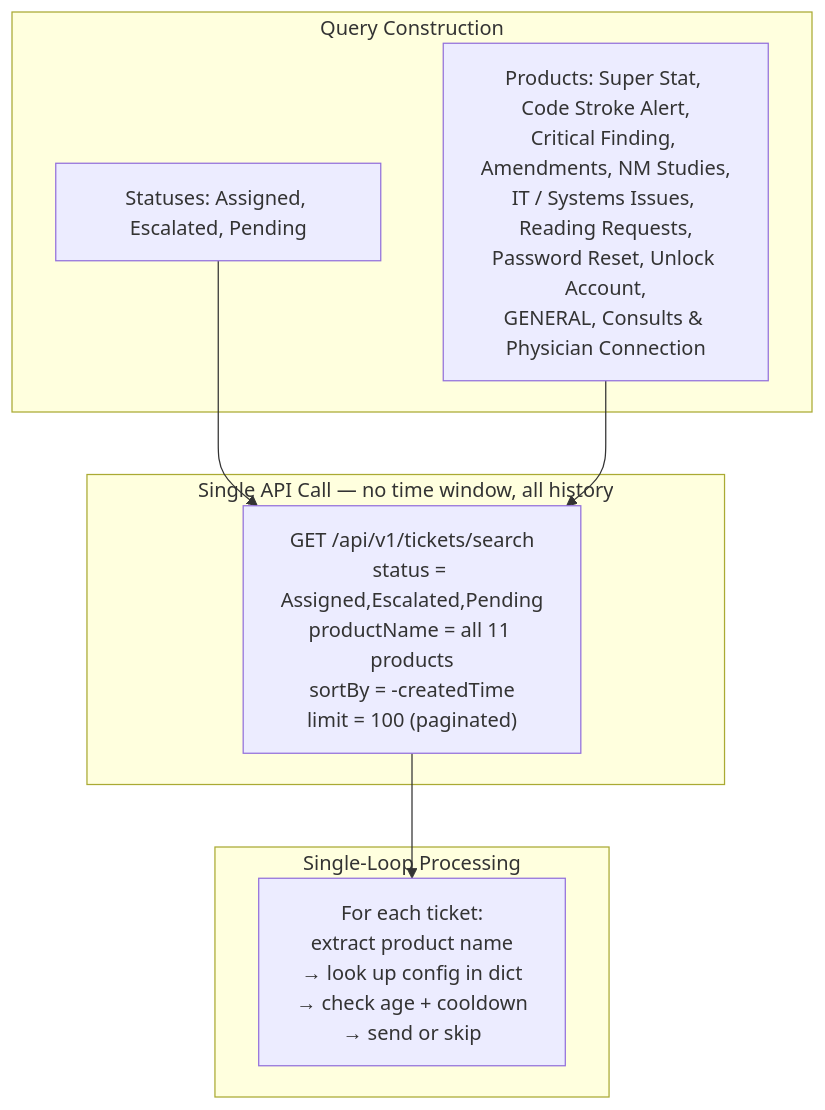
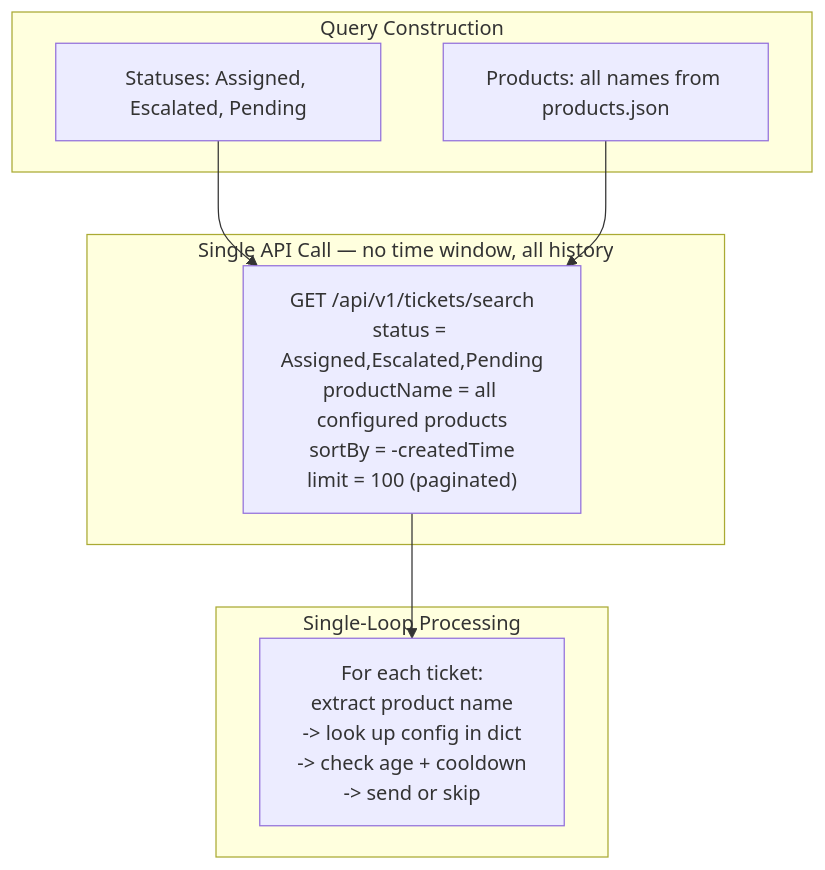
Before and after one commit to AnsImran/ms-teams-zoho-desk-notifications-service: the third of 4 diagrams in README.md, drawn with Mermaid. The commit also changed other lines of this file and 3 other files, not shown here.

First line of the commit message:
update README for current architecture: dashboard, JSON config, no max_age

````diff
--- a/README.md
+++ b/README.md
@@ -57,19 +58,19 @@
 ```mermaid
 flowchart TB
     subgraph build["Query Construction"]
         S["Statuses: Assigned, Escalated, Pending"]
-        P["Products: Super Stat, Code Stroke Alert,<br>Critical Finding, Amendments, NM Studies,<br>IT / Systems Issues, Reading Requests,<br>Password Reset, Unlock Account,<br>GENERAL, Consults & Physician Connection"]
+        P["Products: all names from products.json"]
     end
 
     subgraph call["Single API Call — no time window, all history"]
-        Q["GET /api/v1/tickets/search<br>status = Assigned,Escalated,Pending<br>productName = all 11 products<br>sortBy = -createdTime<br>limit = 100 (paginated)"]
+        Q["GET /api/v1/tickets/search<br>status = Assigned,Escalated,Pending<br>productName = all configured products<br>sortBy = -createdTime<br>limit = 100 (paginated)"]
     end
 
     subgraph process["Single-Loop Processing"]
-        L["For each ticket:<br>extract product name<br>→ look up config in dict<br>→ check age + cooldown<br>→ send or skip"]
+        L["For each ticket:<br>extract product name<br>-> look up config in dict<br>-> check age + cooldown<br>-> send or skip"]
     end
 
     S --> Q
     P --> Q
     Q --> L
 ```
````
